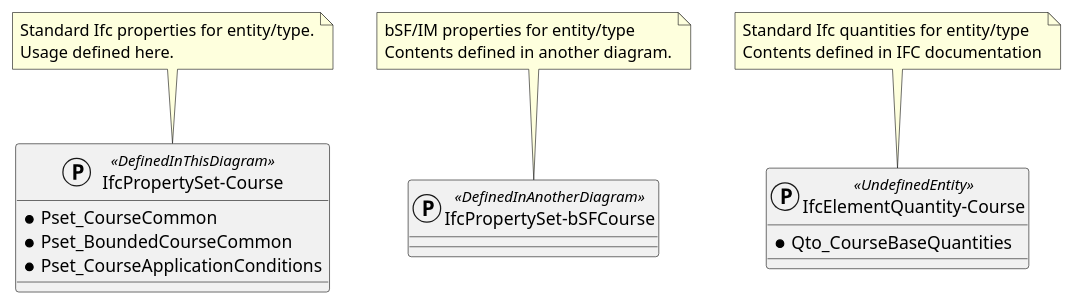
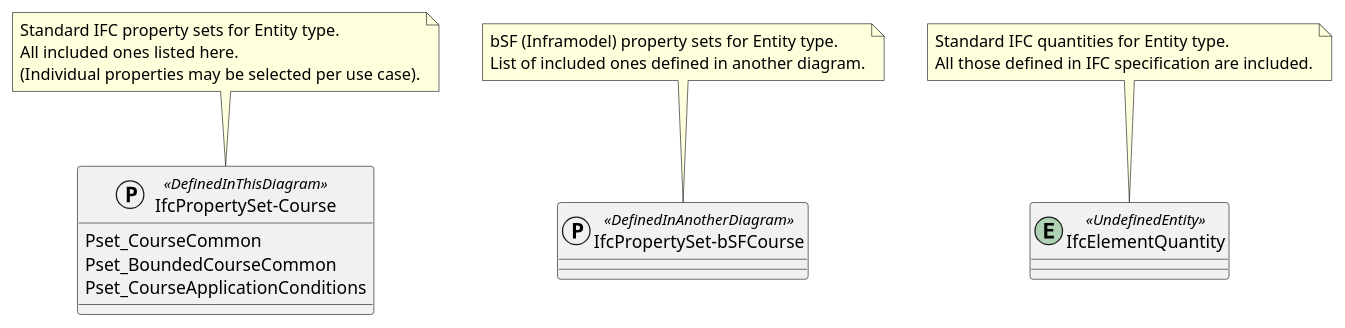
The second of 2 diagrams in markdown/foreword.md (buildingSMART-Finland/RYTV-IFCRoute), drawn with PlantUML before and after one commit. The commit also changed other lines of this file, not shown here.

```diff
--- a/markdown/foreword.md
+++ b/markdown/foreword.md
@@ -126,33 +130,33 @@
 @startuml
+
 protocol "IfcPropertySet-Course" <<DefinedInThisDiagram>>
 {
-    *Pset_CourseCommon
-    *Pset_BoundedCourseCommon
-    *Pset_CourseApplicationConditions
+    Pset_CourseCommon
+    Pset_BoundedCourseCommon
+    Pset_CourseApplicationConditions
 }
 note top of "IfcPropertySet-Course"
-    Standard Ifc properties for entity/type.
-    Usage defined here.
+    Standard IFC property sets for Entity type.
+    All included ones listed here.
+    (Individual properties may be selected per use case).
 end note
-
 
 protocol "IfcPropertySet-bSFCourse" <<DefinedInAnotherDiagram>>
 {
 }
 
 note top of "IfcPropertySet-bSFCourse"
-    bSF/IM properties for entity/type
-    Contents defined in another diagram.
+    bSF (Inframodel) property sets for Entity type.
+    List of included ones defined in another diagram.
 end note
 
-protocol "IfcElementQuantity-Course" <<UndefinedEntity>>
+entity IfcElementQuantity <<UndefinedEntity>>
 {
-    *Qto_CourseBaseQuantities
 }
 
-note top of "IfcElementQuantity-Course"
-    Standard Ifc quantities for entity/type
-    Contents defined in IFC documentation
+note top of IfcElementQuantity
+    Standard IFC quantities for Entity type.
+    All those defined in IFC specification are included.
 end note
 
 @enduml
```
